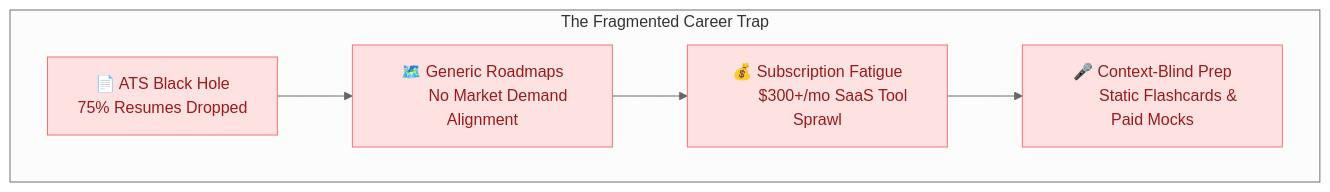
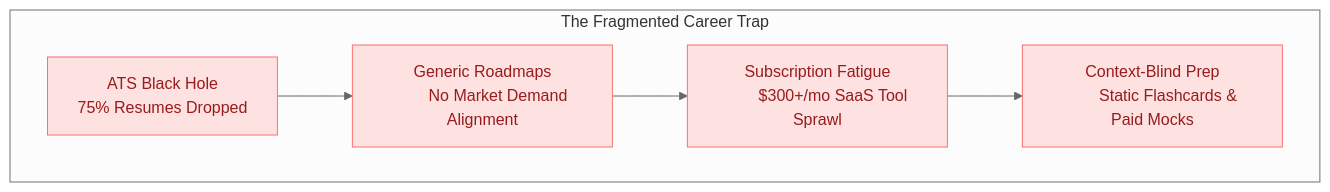
One commit to Anil-Pradhan-web/ai-career-mentor changed the first of 12 diagrams in README.md. Above: the diagram before and after it, drawn with Mermaid (neutral theme). The commit also changed other lines of this file and 2 other files, not shown here.

Commit message:
docs: add high-resolution system architecture diagram image to README.md and ARCHITECTURE.md

````diff
--- a/README.md
+++ b/README.md
@@ -104,15 +104,15 @@
 ```mermaid
 flowchart TD
     subgraph "The Fragmented Career Trap"
-        A["📄 ATS Black Hole
-        75% Resumes Dropped"] --> B["🗺️ Generic Roadmaps
+        A["ATS Black Hole
+        75% Resumes Dropped"] --> B["Generic Roadmaps
         No Market Demand Alignment"]
-        B --> C["💰 Subscription Fatigue
+        B --> C["Subscription Fatigue
         $300+/mo SaaS Tool Sprawl"]
-        C --> D["🎤 Context-Blind Prep
+        C --> D["Context-Blind Prep
         Static Flashcards & Paid Mocks"]
     end
 
     classDef danger fill:#fee2e2,color:#991b1b,stroke:#f87171
     class A,B,C,D danger
 ```
````
